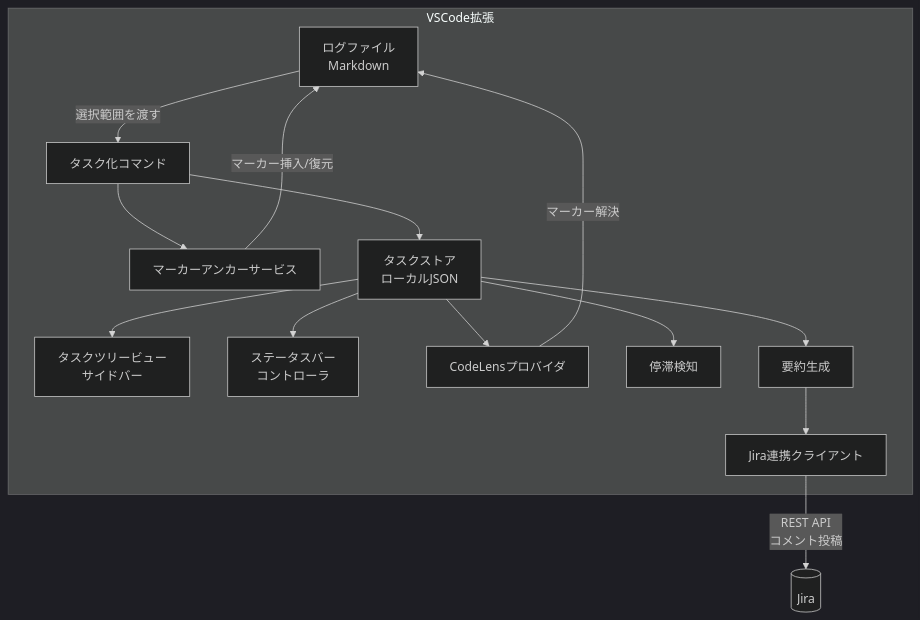
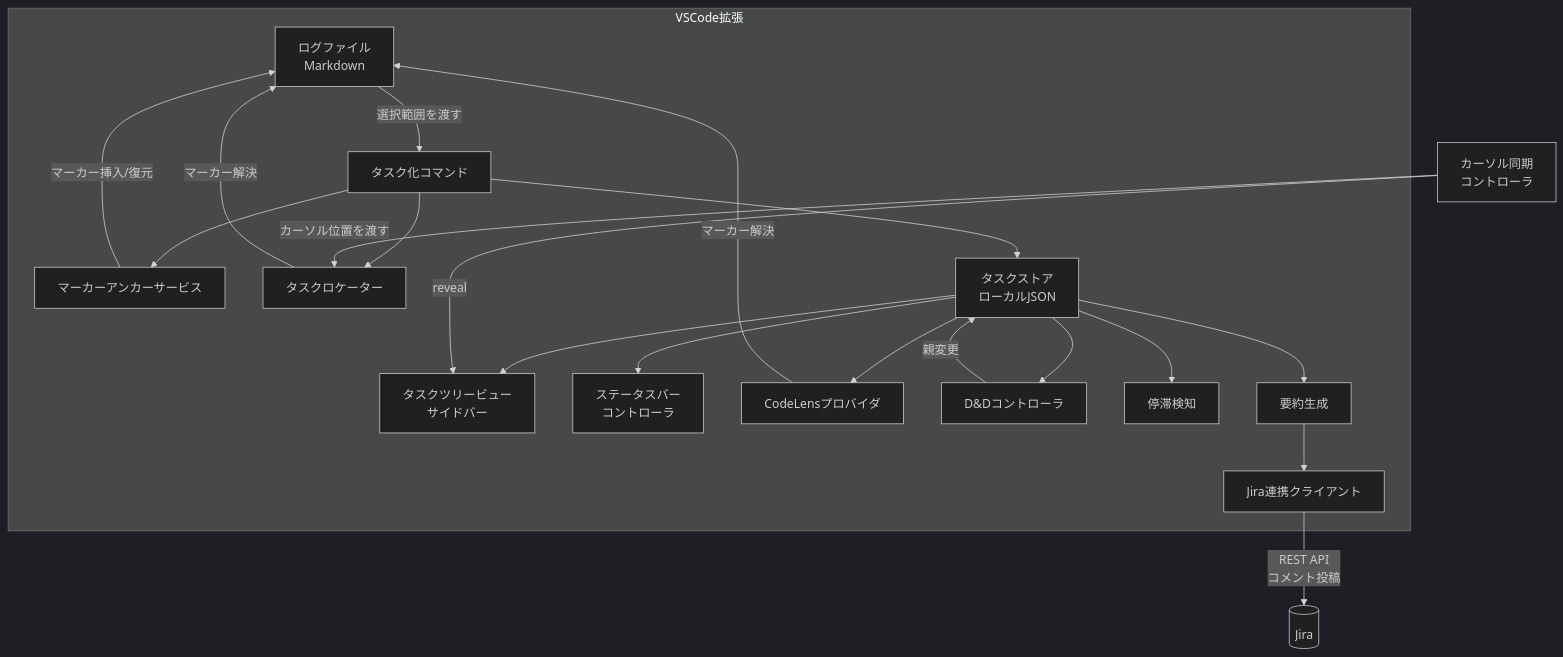
One commit to hoppoco/vscode-task-log changed the first of 3 diagrams in docs/functional-design.md. Above: the diagram before and after it, drawn with Mermaid (dark theme). The commit also changed other lines of this file and 17 other files, not shown here.

````diff
--- a/docs/functional-design.md
+++ b/docs/functional-design.md
@@ -18,17 +19,23 @@
 ```mermaid
 graph TD
   subgraph VSCode拡張
     A[ログファイル<br/>Markdown] -->|選択範囲を渡す| B[タスク化コマンド]
     B --> C[マーカーアンカーサービス]
+    B --> L[タスクロケーター]
     B --> D[タスクストア<br/>ローカルJSON]
     D --> E[タスクツリービュー<br/>サイドバー]
     D --> F[ステータスバー<br/>コントローラ]
     D --> K[CodeLensプロバイダ]
+    D --> N[D&Dコントローラ]
     D --> G[停滞検知]
     D --> H[要約生成]
     H --> I[Jira連携クライアント]
   end
   I -->|REST API<br/>コメント投稿| J[(Jira)]
   C -->|マーカー挿入/復元| A
   K -->|マーカー解決| A
+  L -->|マーカー解決| A
+  M[カーソル同期<br/>コントローラ] -->|カーソル位置を渡す| L
+  M -->|reveal| E
+  N -->|親変更| D
 ```
````
